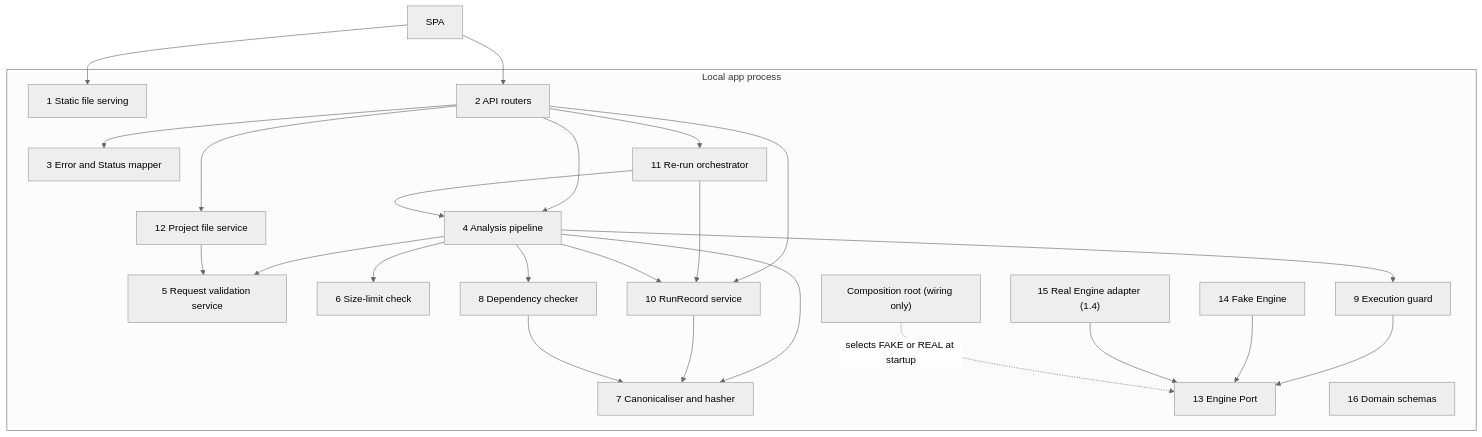
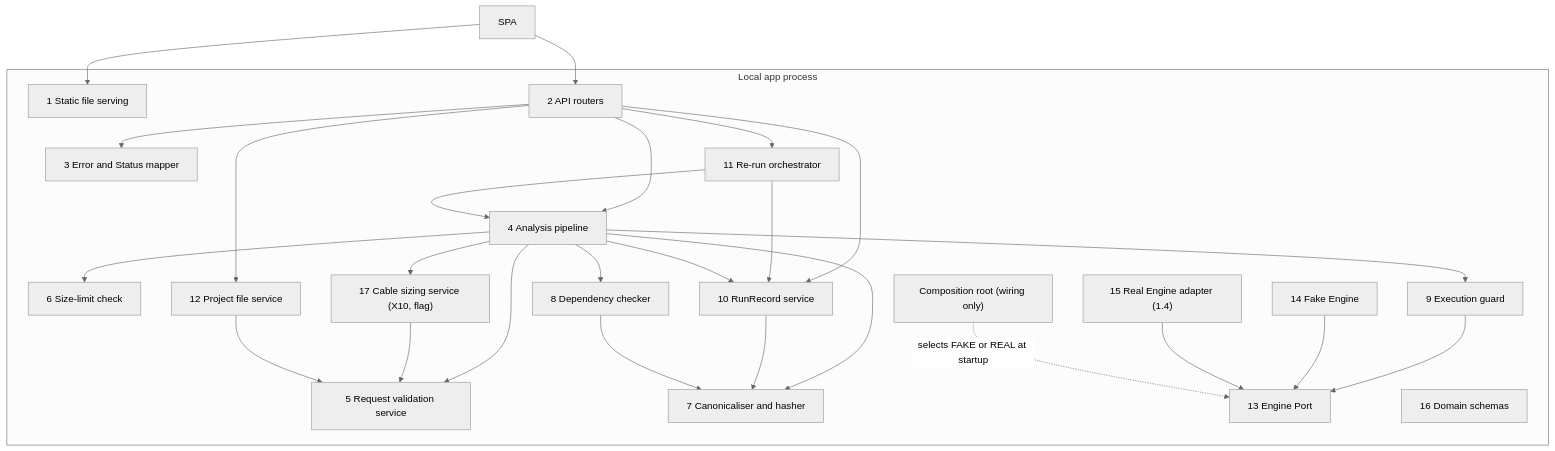
One commit to ralif444/Microgrid-Design-Tool changed the third of 5 diagrams in docs/04_architecture.md. Above: the diagram before and after it, drawn with Mermaid (neutral theme). The commit also changed other lines of this file and 1 other file, not shown here.

Commit message:
Docs: Doc 4 lists component 17 (cable sizing); Doc 12 Ringkasan mentions X9 and X10

````diff
--- a/docs/04_architecture.md
+++ b/docs/04_architecture.md
@@ -69,45 +69,48 @@
 ```mermaid
 flowchart TB
     SPA["SPA"]
     subgraph APPP["Local app process"]
         STATIC["1 Static file serving"]
         ROUT["2 API routers"]
         MAP["3 Error and Status mapper"]
         PIPE["4 Analysis pipeline"]
         VAL["5 Request validation service"]
         LIM["6 Size-limit check"]
         CANON["7 Canonicaliser and hasher"]
         DEP["8 Dependency checker"]
         GUARD["9 Execution guard"]
         RR["10 RunRecord service"]
         ORCH["11 Re-run orchestrator"]
         PF["12 Project file service"]
         PORT["13 Engine Port"]
         FAKE["14 Fake Engine"]
         REAL["15 Real Engine adapter (1.4)"]
         DOM["16 Domain schemas"]
+        CAB["17 Cable sizing service (X10, flag)"]
         ROOT["Composition root (wiring only)"]
     end
     SPA --> STATIC
     SPA --> ROUT
     ROUT --> MAP
     ROUT --> PIPE
     ROUT --> PF
     ROUT --> RR
     ROUT --> ORCH
     ORCH --> RR
     ORCH --> PIPE
     PIPE --> VAL
     PIPE --> LIM
     PIPE --> CANON
     PIPE --> DEP
     PIPE --> GUARD
+    PIPE --> CAB
+    CAB --> VAL
     PIPE --> RR
     RR --> CANON
     DEP --> CANON
     PF --> VAL
     GUARD --> PORT
     FAKE --> PORT
     REAL --> PORT
     ROOT -. "selects FAKE or REAL at startup" .-> PORT
 ```
````
